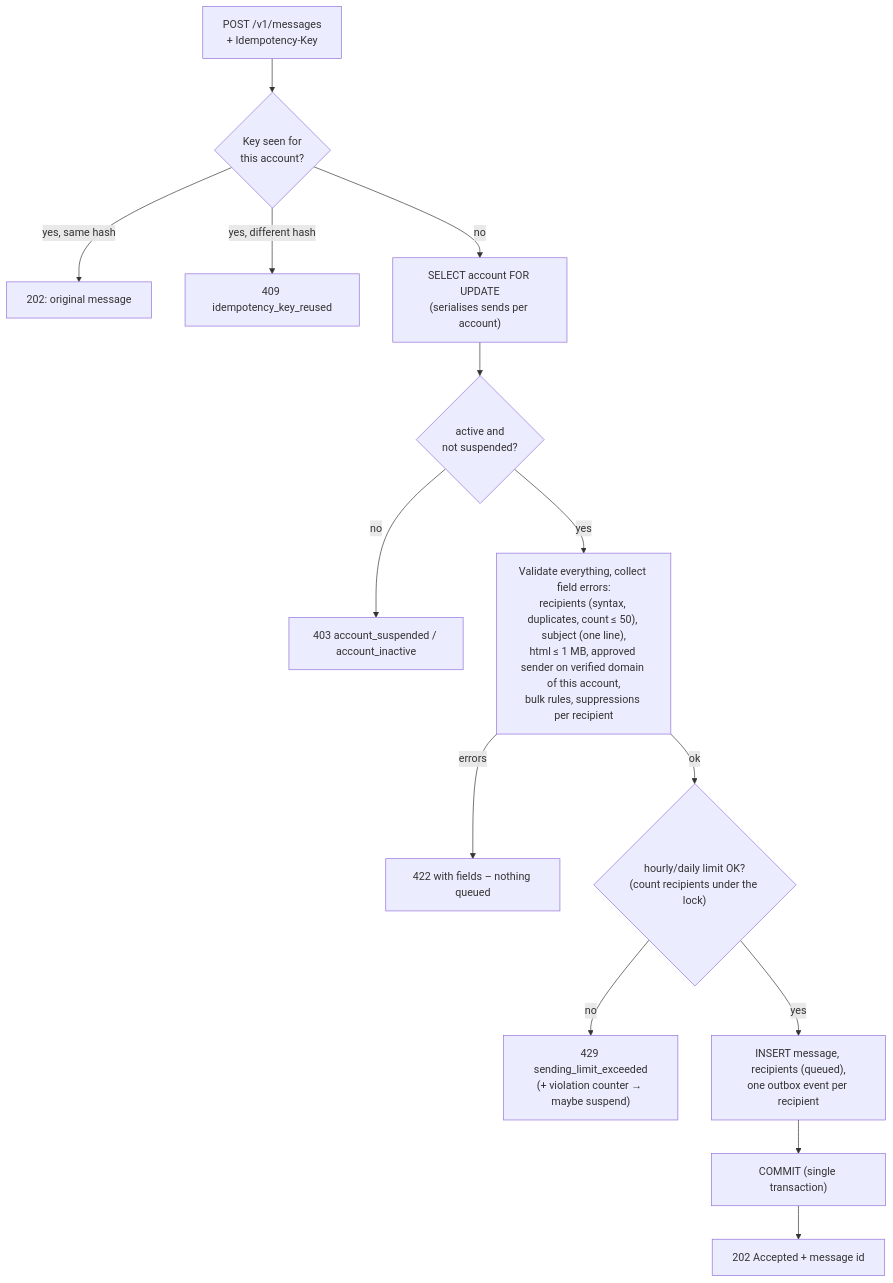
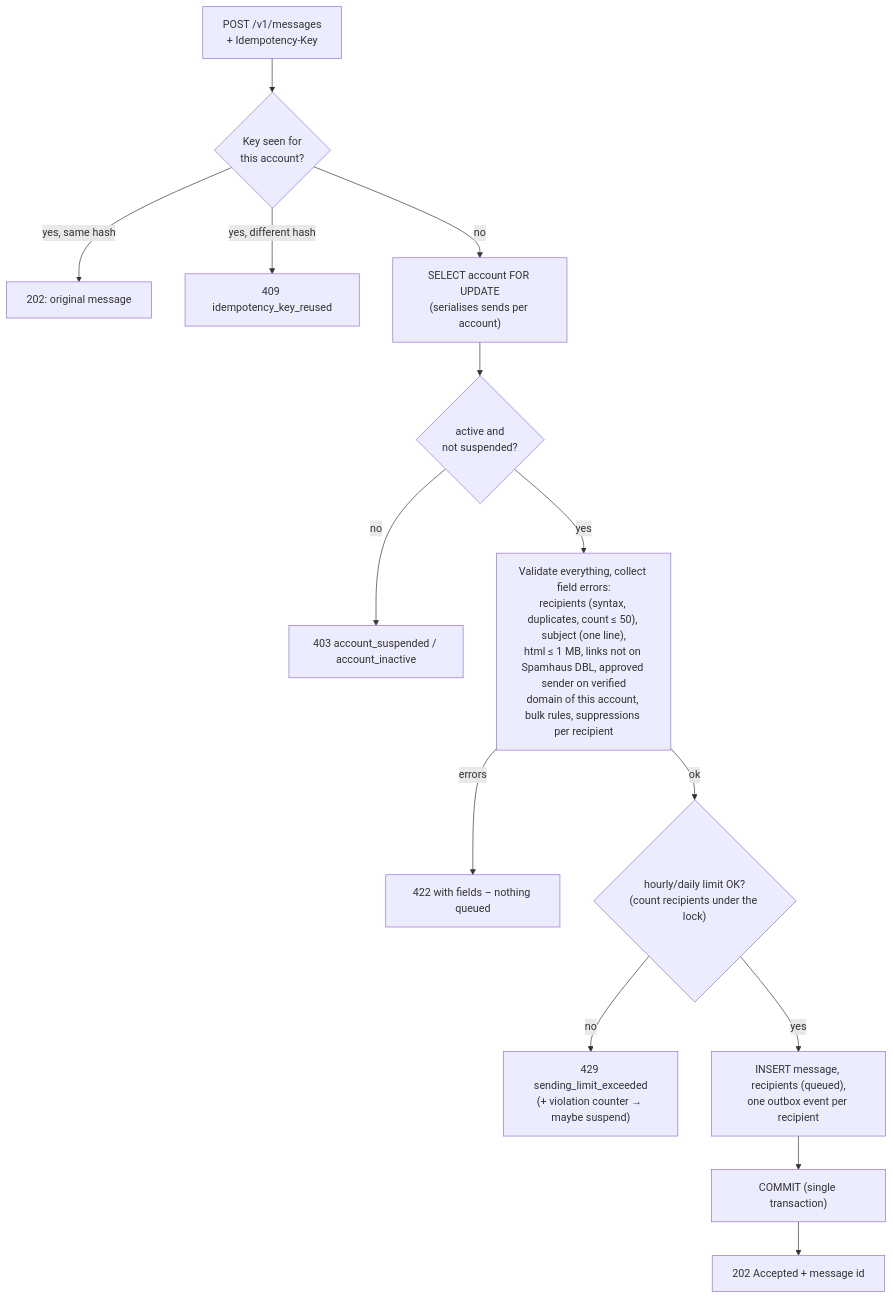
Before and after one commit to AbimbolaOO/mailvender-backend: the sixth of 16 diagrams in docs/ARCHITECTURE.md, drawn with Mermaid. The commit also changed other lines of this file and 48 other files, not shown here.

````diff
--- a/docs/ARCHITECTURE.md
+++ b/docs/ARCHITECTURE.md
@@ -336,16 +365,16 @@
 ```mermaid
 flowchart TB
     A["POST /v1/messages<br/>+ Idempotency-Key"] --> B{"Key seen for<br/>this account?"}
     B -- "yes, same hash" --> R1["202: original message"]
     B -- "yes, different hash" --> R2["409 idempotency_key_reused"]
     B -- no --> C["SELECT account FOR UPDATE<br/>(serialises sends per account)"]
     C --> D{"active and<br/>not suspended?"}
     D -- no --> R3["403 account_suspended / account_inactive"]
-    D -- yes --> E["Validate everything, collect field errors:<br/>recipients (syntax, duplicates, count ≤ 50), subject (one line),<br/>html ≤ 1 MB, approved sender on verified domain of this account,<br/>bulk rules, suppressions per recipient"]
+    D -- yes --> E["Validate everything, collect field errors:<br/>recipients (syntax, duplicates, count ≤ 50), subject (one line),<br/>html ≤ 1 MB, links not on Spamhaus DBL, approved sender on verified<br/>domain of this account, bulk rules, suppressions per recipient"]
     E -- errors --> R4["422 with fields – nothing queued"]
     E -- ok --> F{"hourly/daily limit OK?<br/>(count recipients under the lock)"}
     F -- no --> R5["429 sending_limit_exceeded<br/>(+ violation counter → maybe suspend)"]
     F -- yes --> G["INSERT message, recipients (queued),<br/>one outbox event per recipient"]
     G --> H["COMMIT (single transaction)"]
     H --> R6["202 Accepted + message id"]
 ```
````
